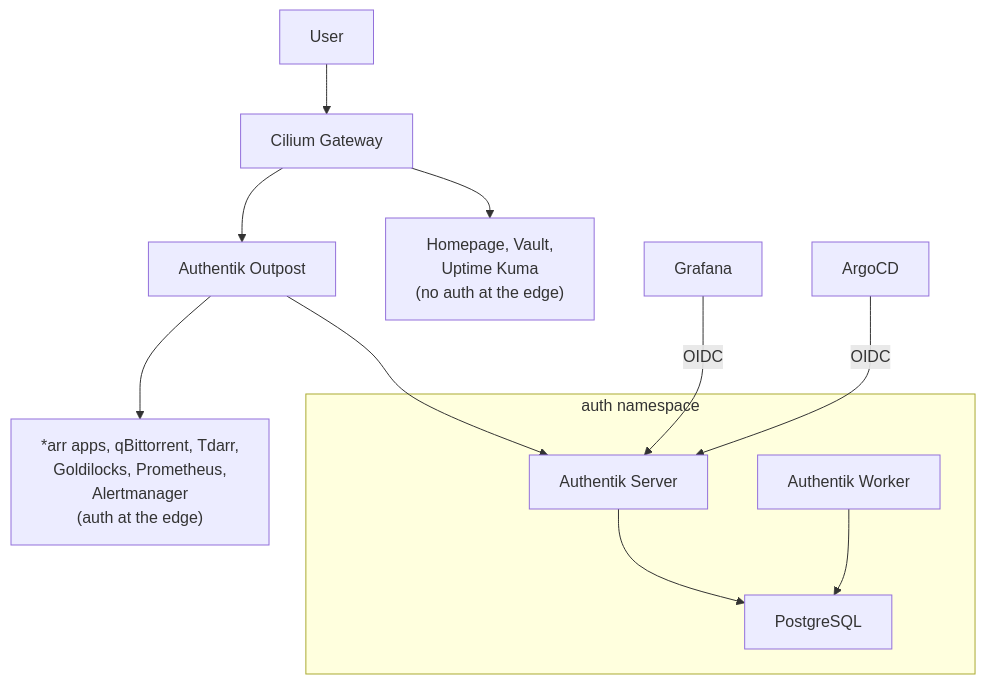
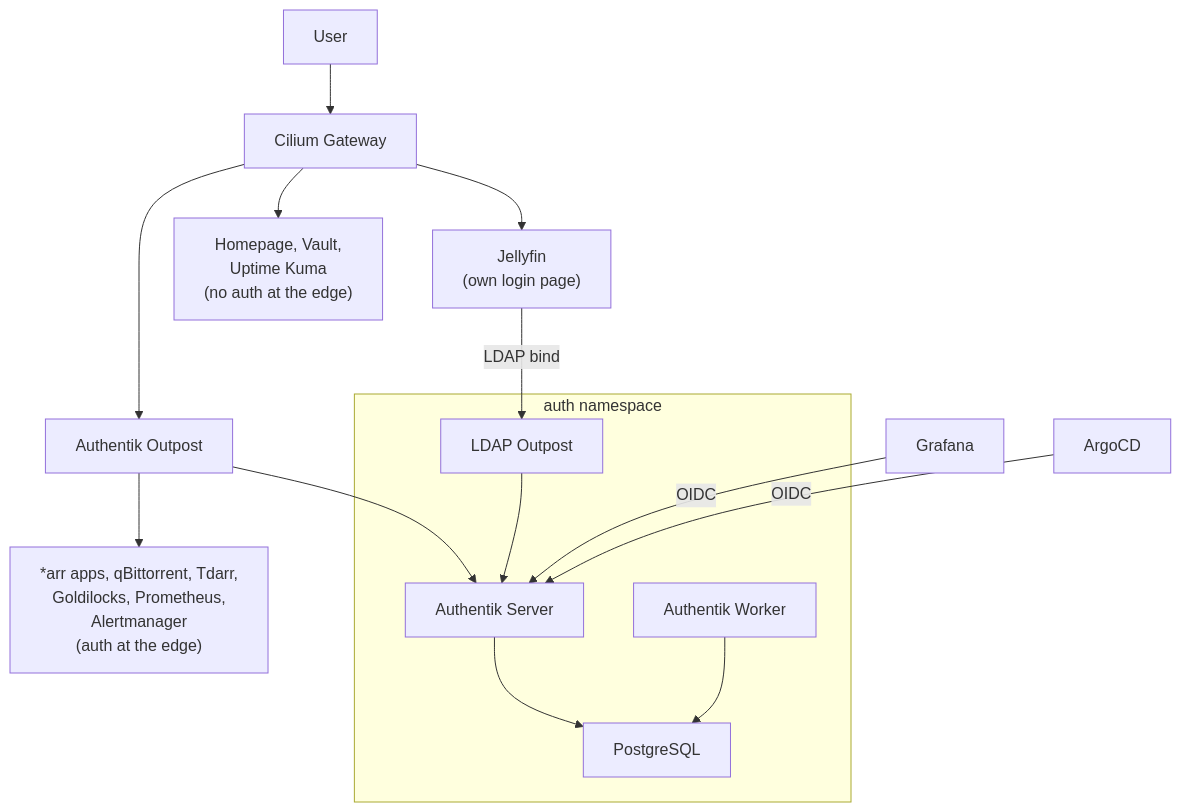
Before and after one commit to kyleseneker/homelab: the diagram in docs/architecture/auth.md, drawn with Mermaid. The commit also changed other lines of this file and 15 other files, not shown here.

Commit message:
feat(auth): add Authentik LDAP outpost for Jellyfin

````diff
--- a/docs/architecture/auth.md
+++ b/docs/architecture/auth.md
@@ -7,19 +7,23 @@
 ```mermaid
 flowchart TB
     subgraph authNS ["auth namespace"]
         AuthentikServer["Authentik Server"]
         AuthentikWorker["Authentik Worker"]
         PostgreSQL["PostgreSQL"]
+        LDAPOutpost["LDAP Outpost"]
         AuthentikServer --> PostgreSQL
         AuthentikWorker --> PostgreSQL
+        LDAPOutpost --> AuthentikServer
     end
 
     User["User"] --> Gateway["Cilium Gateway"]
     Gateway --> Outpost["Authentik Outpost"]
     Outpost --> ProtectedApps["*arr apps, qBittorrent, Tdarr,<br/>Goldilocks, Prometheus,<br/>Alertmanager<br/>(auth at the edge)"]
     Outpost --> AuthentikServer
     Gateway --> UnprotectedApps["Homepage, Vault,<br/>Uptime Kuma<br/>(no auth at the edge)"]
 
     Grafana["Grafana"] -->|"OIDC"| AuthentikServer
     ArgoCD["ArgoCD"] -->|"OIDC"| AuthentikServer
+    Gateway --> Jellyfin["Jellyfin<br/>(own login page)"]
+    Jellyfin -->|"LDAP bind"| LDAPOutpost
 ```
````
